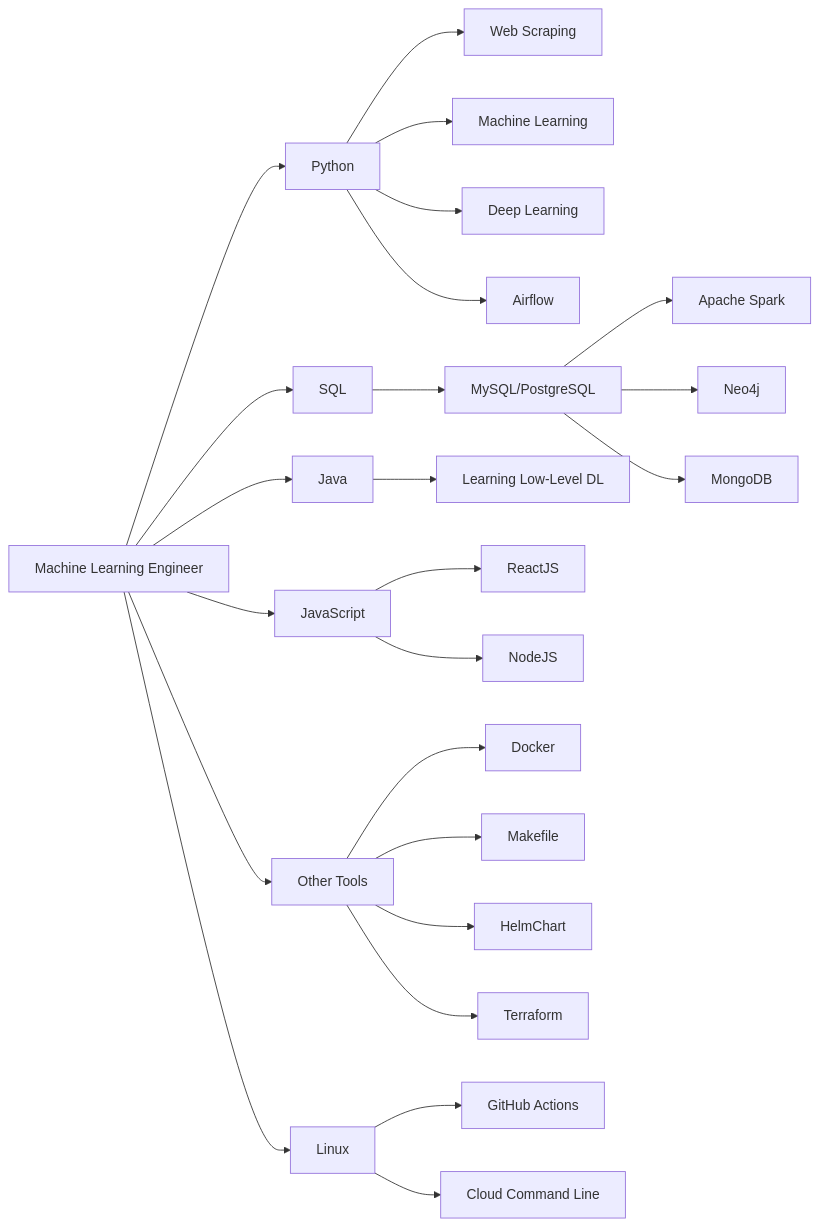
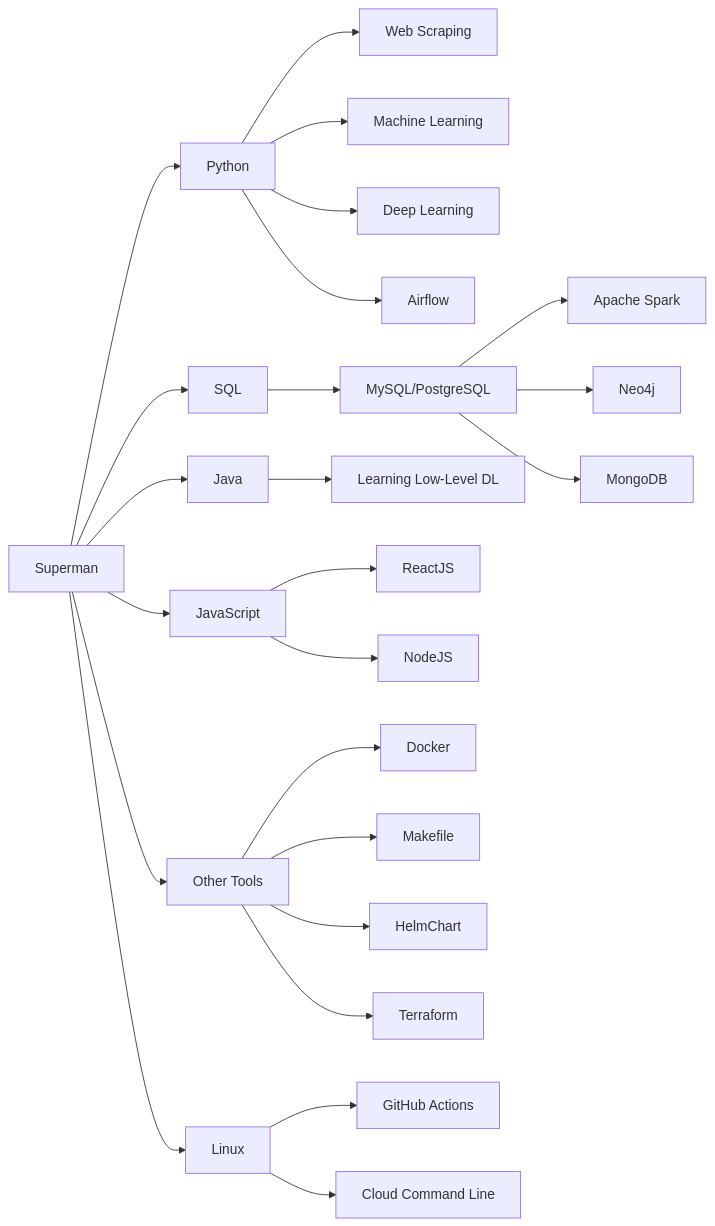
Before and after one commit to kenchudigital/kenchudigital: the diagram in README.md, drawn with Mermaid.

Commit message:
modify: graph

````diff
--- a/README.md
+++ b/README.md
@@ -27,45 +27,46 @@
 ```mermaid
 graph LR;
 
-    %% Core Roles
-    Z["Machine Learning Engineer"];
+    %% Central Role
+    Z["Superman"];
     
     %% Main Categories
     Z --> A["Python"];
     Z --> B["SQL"];
     Z --> C["Java"];
     Z --> D["JavaScript"];
     Z --> E["Other Tools"];
     Z --> F["Linux"];
     
     %% Python Specializations
     A --> G["Web Scraping"];
     A --> H["Machine Learning"];
     A --> I["Deep Learning"];
     A --> J["Airflow"];
     
     %% SQL Specializations
     B --> K["MySQL/PostgreSQL"];
     K --> L["Apache Spark"];
     K --> M["Neo4j"];
     K --> N["MongoDB"];
     
     %% Java Specialization
     C --> O["Learning Low-Level DL"];
     
     %% JavaScript Specializations
     D --> P["ReactJS"];
     D --> Q["NodeJS"];
     
     %% Other Tools
     E --> R["Docker"];
     E --> S["Makefile"];
     E --> T["HelmChart"];
     E --> U["Terraform"];
     
     %% Linux Specializations
     F --> V["GitHub Actions"];
     F --> W["Cloud Command Line"];
 
 
+
 ```
````
